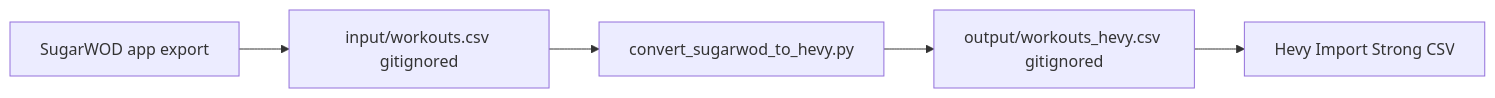
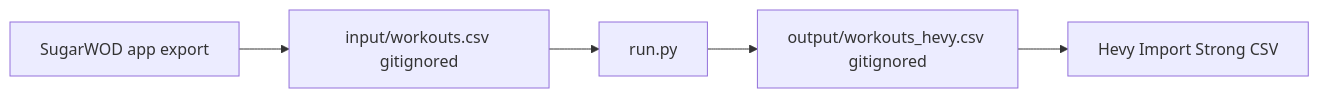
Before and after one commit to smyrick/sugarwod-to-hevy: the diagram in README.md, drawn with Mermaid. The commit also changed other lines of this file and 11 other files, not shown here.

````diff
--- a/README.md
+++ b/README.md
@@ -11,7 +5,7 @@
 ```mermaid
 flowchart LR
   sugarwod["SugarWOD app export"] --> csvIn["input/workouts.csv gitignored"]
-  csvIn --> script["convert_sugarwod_to_hevy.py"]
-  script --> csvOut["output/workouts_hevy.csv gitignored"]
+  csvIn --> runpy["run.py"]
+  runpy --> csvOut["output/workouts_hevy.csv gitignored"]
   csvOut --> hevy["Hevy Import Strong CSV"]
 ```
````
